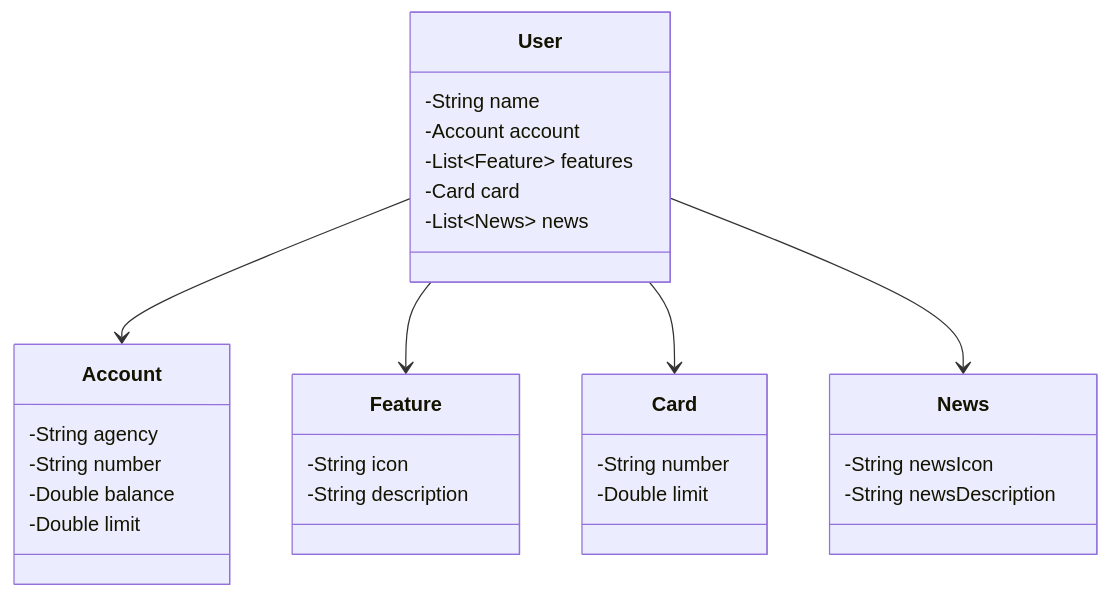
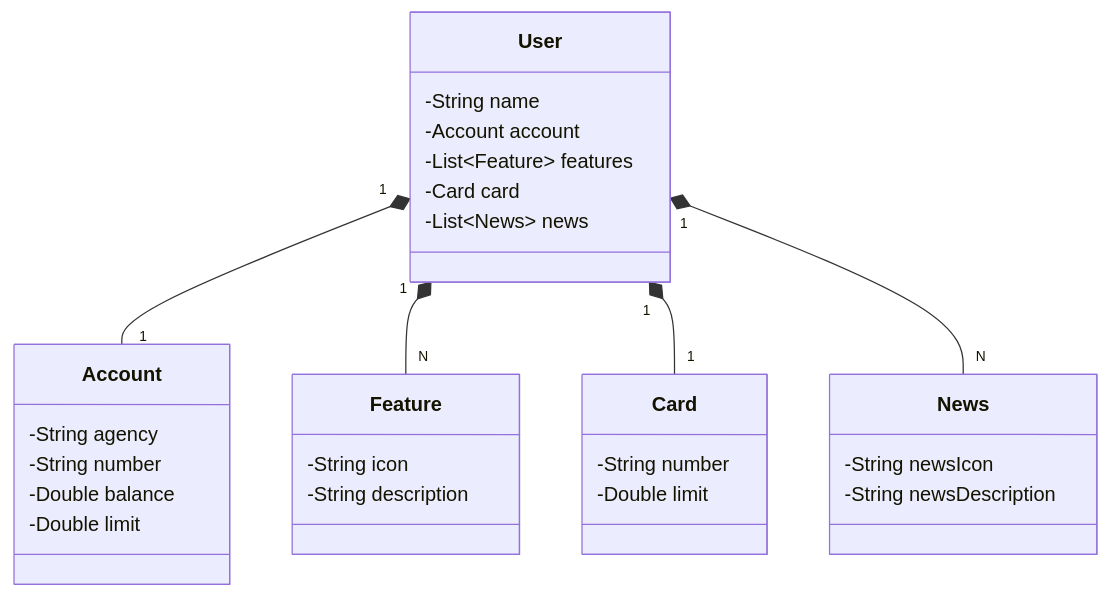
One commit to developeralexandresantos/santander-dev-week changed the diagram in README.md. Above: the diagram before and after it, drawn with Mermaid.

Commit message:
feature: Adicionada composição e cardinalidade ao diagrama de classes

````diff
--- a/README.md
+++ b/README.md
@@ -6,37 +6,37 @@
 ```mermaid
 classDiagram
     class User {
         -String name
         -Account account
         -List~Feature~ features
         -Card card
         -List~News~ news
     }
 
     class Account {
         -String agency
         -String number
         -Double balance
         -Double limit
     }
 
     class Feature {
         -String icon
         -String description
     }
 
     class Card {
         -String number
         -Double limit
     }
 
     class News {
         -String newsIcon
         -String newsDescription
     }
 
-    User --> Account
-    User --> Feature
-    User --> Card
-    User --> News
+    User "1" *-- "1" Account
+    User "1" *-- "N" Feature
+    User "1" *-- "1" Card
+    User "1" *-- "N" News
 ```
````
